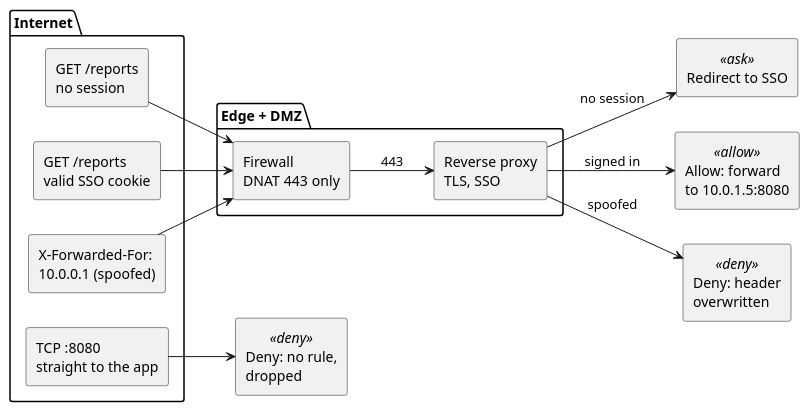
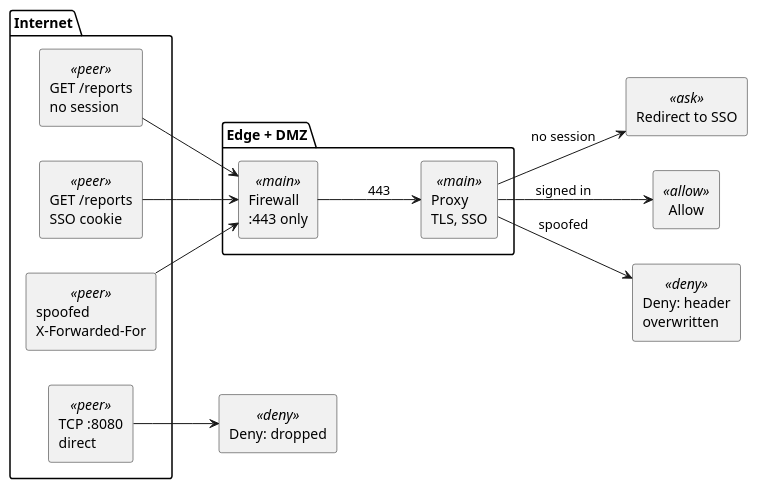
Before and after one commit to samadeep/samadeep.github.io: the third of 9 diagrams in src/content/posts/2026-10-04-expose-intranet-app-to-internet.md, drawn with PlantUML. The commit also changed other lines of this file and 49 other files, not shown here.

First line of the commit message:
Visual-first post, reference-style diagrams, analytics and reactions (#9)

````diff
--- a/src/content/posts/2026-10-04-expose-intranet-app-to-internet.md
+++ b/src/content/posts/2026-10-04-expose-intranet-app-to-internet.md
@@ -71,27 +98,27 @@
-```plantuml title="Figure 2: what the edge decides for each request"
+```plantuml title="Figure 3: what the edge decides for each request"
 @startuml
 left to right direction
 package "Internet" {
-  rectangle "GET /reports\nno session" as R1
-  rectangle "GET /reports\nvalid SSO cookie" as R2
-  rectangle "TCP :8080\nstraight to the app" as R3
-  rectangle "X-Forwarded-For:\n10.0.0.1 (spoofed)" as R4
+  rectangle "GET /reports\nno session" <<peer>> as R1
+  rectangle "GET /reports\nSSO cookie" <<peer>> as R2
+  rectangle "TCP :8080\ndirect" <<peer>> as R3
+  rectangle "spoofed\nX-Forwarded-For" <<peer>> as R4
 }
 package "Edge + DMZ" {
-  rectangle "Firewall\nDNAT 443 only" as FW
-  rectangle "Reverse proxy\nTLS, SSO" as PX
+  rectangle "Firewall\n:443 only" <<main>> as FW
+  rectangle "Proxy\nTLS, SSO" <<main>> as PX
 }
 rectangle "Redirect to SSO" <<ask>> as O1
-rectangle "Allow: forward\nto 10.0.1.5:8080" <<allow>> as O2
-rectangle "Deny: no rule,\ndropped" <<deny>> as O3
+rectangle "Allow" <<allow>> as O2
+rectangle "Deny: dropped" <<deny>> as O3
 rectangle "Deny: header\noverwritten" <<deny>> as O4
 R1 --> FW
 R2 --> FW
 R4 --> FW
 R3 --> O3
 FW --> PX : 443
 PX --> O1 : no session
 PX --> O2 : signed in
 PX --> O4 : spoofed
 @enduml
 ```
````
